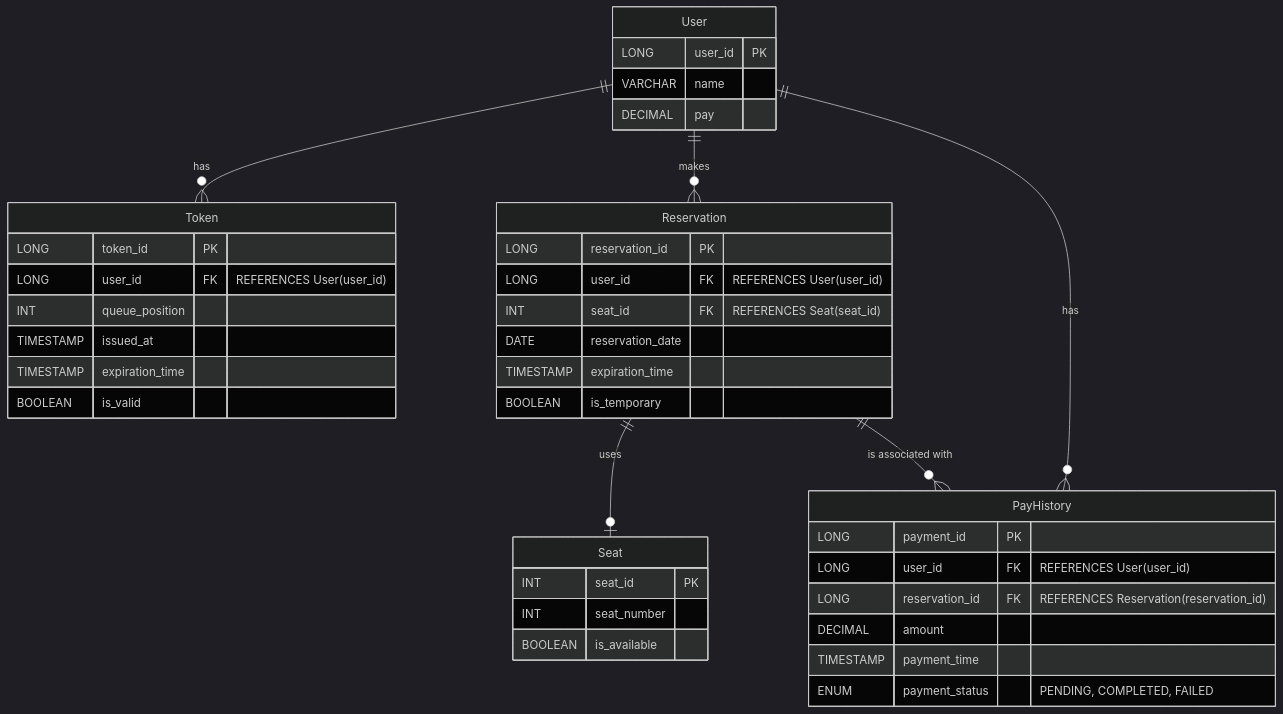
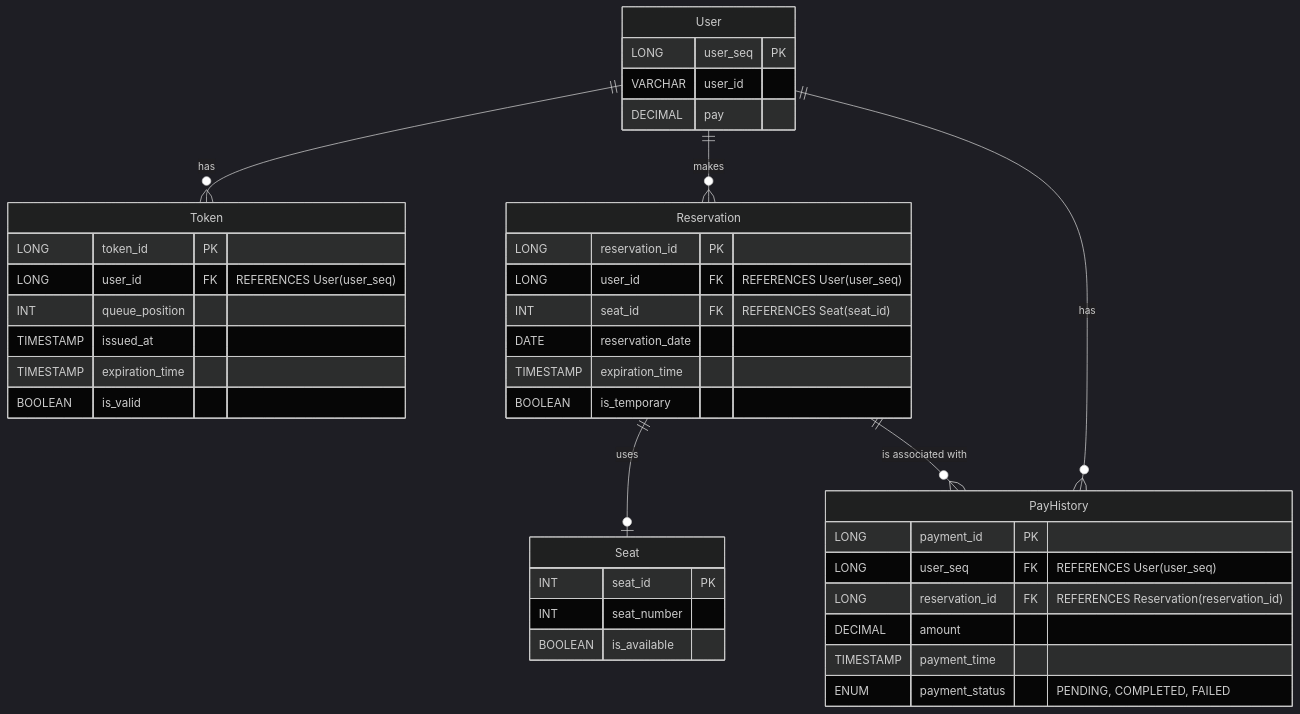
Before and after one commit to fatallinverno/hhplus-concert-reservation: the diagram in README.md, drawn with Mermaid (dark theme). The commit also changed other lines of this file, not shown here.

````diff
--- a/README.md
+++ b/README.md
@@ -2,47 +2,47 @@
 ```mermaid
 erDiagram
     User {
-        LONG user_id PK
-        VARCHAR name
+        LONG user_seq PK
+        VARCHAR user_id
         DECIMAL pay
     }
 
     Token {
         LONG token_id PK
-        LONG user_id FK "REFERENCES User(user_id)"
+        LONG user_id FK "REFERENCES User(user_seq)"
         INT queue_position
         TIMESTAMP issued_at
         TIMESTAMP expiration_time
         BOOLEAN is_valid
     }
 
     Reservation {
         LONG reservation_id PK
-        LONG user_id FK "REFERENCES User(user_id)"
+        LONG user_id FK "REFERENCES User(user_seq)"
         INT seat_id FK "REFERENCES Seat(seat_id)"
         DATE reservation_date
         TIMESTAMP expiration_time
         BOOLEAN is_temporary
     }
 
     PayHistory {
         LONG payment_id PK
-        LONG user_id FK "REFERENCES User(user_id)"
+        LONG user_seq FK "REFERENCES User(user_seq)"
         LONG reservation_id FK "REFERENCES Reservation(reservation_id)"
         DECIMAL amount
         TIMESTAMP payment_time
         ENUM payment_status "PENDING, COMPLETED, FAILED"
     }
 
     Seat {
         INT seat_id PK
         INT seat_number
         BOOLEAN is_available
     }
 
     User ||--o{ Token : "has"
     User ||--o{ Reservation : "makes"
     User ||--o{ PayHistory : "has"
     Reservation ||--o| Seat : "uses"
     Reservation ||--o{ PayHistory : "is associated with"
 ```
````
